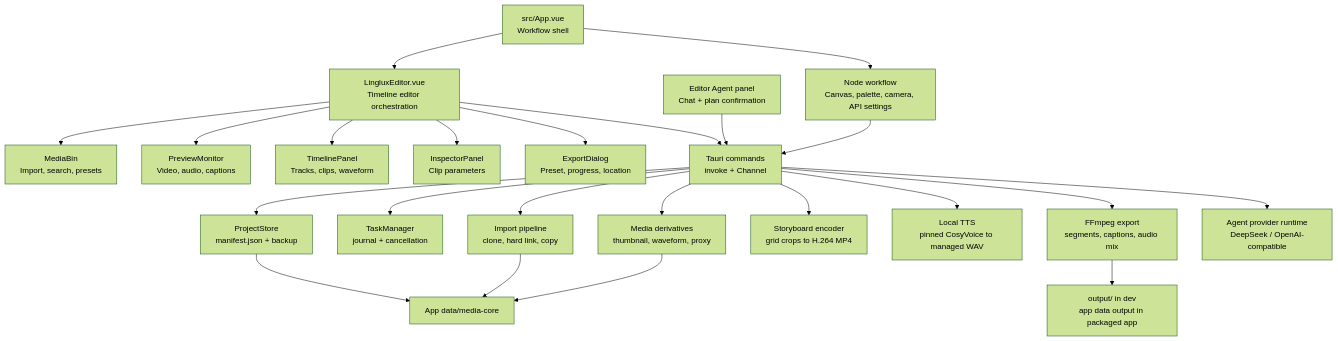
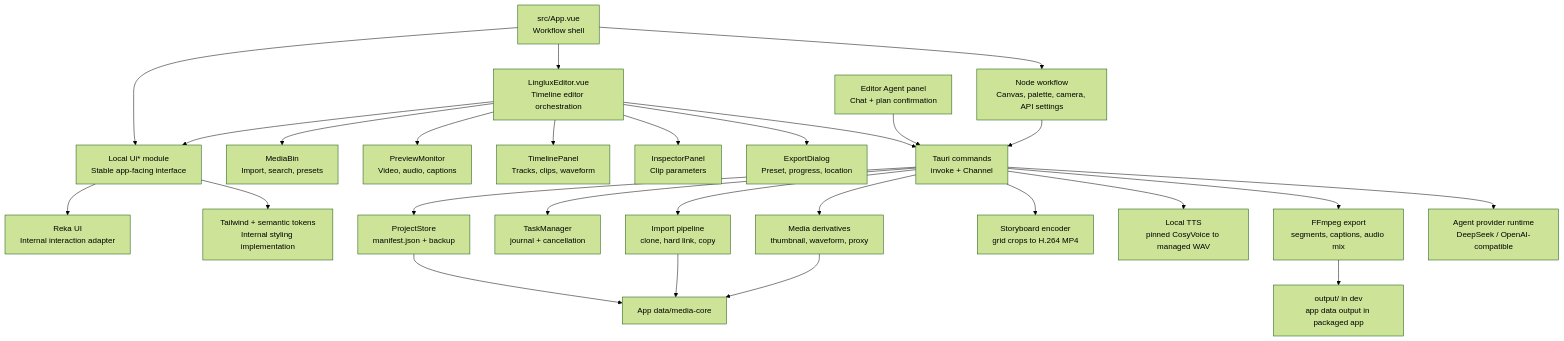
The diagram in DESIGN.md (wrx012/linglux), drawn with Mermaid (forest theme) before and after one commit. The commit also changed other lines of this file and 22 other files, not shown here.

````diff
--- a/DESIGN.md
+++ b/DESIGN.md
@@ -98,29 +102,34 @@
 ```mermaid
 flowchart TD
   App["src/App.vue\nWorkflow shell"] --> Workflow["Node workflow\nCanvas, palette, camera, API settings"]
   App --> Editor["LingluxEditor.vue\nTimeline editor orchestration"]
+  App --> UI["Local Ui* module\nStable app-facing interface"]
 
   Editor --> Bin["MediaBin\nImport, search, presets"]
   Editor --> Preview["PreviewMonitor\nVideo, audio, captions"]
   Editor --> Timeline["TimelinePanel\nTracks, clips, waveform"]
   Editor --> Inspector["InspectorPanel\nClip parameters"]
   Editor --> ExportDialog["ExportDialog\nPreset, progress, location"]
+  Editor --> UI
+
+  UI --> Reka["Reka UI\nInternal interaction adapter"]
+  UI --> Tokens["Tailwind + semantic tokens\nInternal styling implementation"]
 
   Editor --> Tauri["Tauri commands\ninvoke + Channel<TaskEvent>"]
   Agent["Editor Agent panel\nChat + plan confirmation"] --> Tauri
   Workflow --> Tauri
 
   Tauri --> Store["ProjectStore\nmanifest.json + backup"]
   Tauri --> Tasks["TaskManager\njournal + cancellation"]
   Tauri --> Import["Import pipeline\nclone, hard link, copy"]
   Tauri --> Derivatives["Media derivatives\nthumbnail, waveform, proxy"]
   Tauri --> Storyboard["Storyboard encoder\ngrid crops to H.264 MP4"]
   Tauri --> TTS["Local TTS\npinned CosyVoice to managed WAV"]
   Tauri --> Export["FFmpeg export\nsegments, captions, audio mix"]
   Tauri --> Provider["Agent provider runtime\nDeepSeek / OpenAI-compatible"]
 
   Store --> AppData["App data/media-core"]
   Import --> AppData
   Derivatives --> AppData
   Export --> DevOutput["output/ in dev\napp data output in packaged app"]
 ```
````
